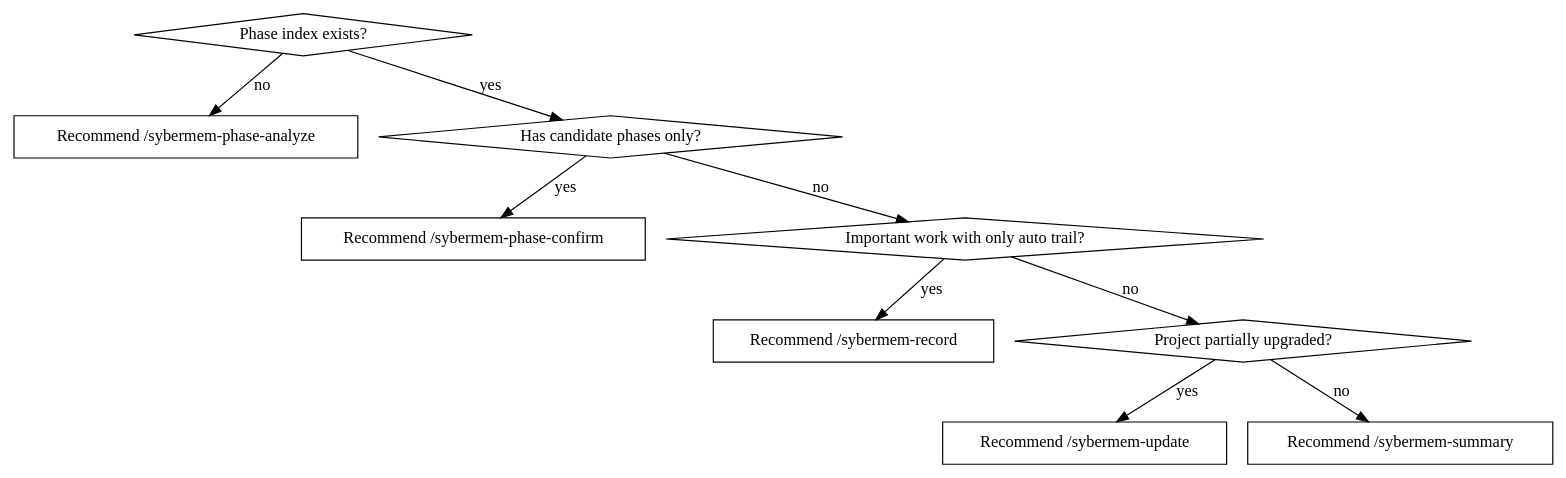
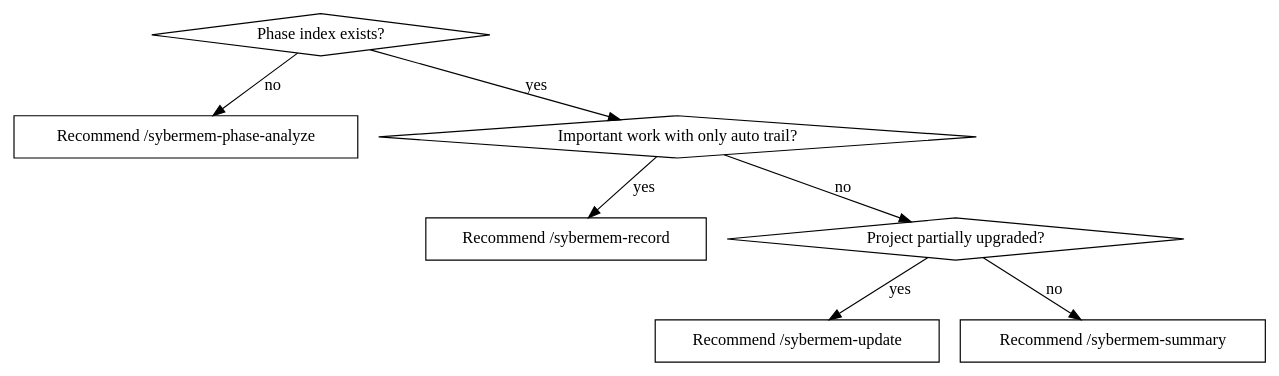
One commit to goudaren0528/sybermem changed the diagram in skills/using-sybermem/SKILL.md. Above: the diagram before and after it, drawn with Graphviz. The commit also changed other lines of this file and 9 other files, not shown here.

First line of the commit message:
refactor: remove phase-confirm skill and let digest drive agent semantic phase analysis

````diff
--- a/skills/using-sybermem/SKILL.md
+++ b/skills/using-sybermem/SKILL.md
@@ -100,22 +100,18 @@
 ```dot
 digraph recommend_command {
     "Phase index exists?" [shape=diamond];
     "Recommend /sybermem-phase-analyze" [shape=box];
-    "Has candidate phases only?" [shape=diamond];
-    "Recommend /sybermem-phase-confirm" [shape=box];
     "Important work with only auto trail?" [shape=diamond];
     "Recommend /sybermem-record" [shape=box];
     "Project partially upgraded?" [shape=diamond];
     "Recommend /sybermem-update" [shape=box];
     "Recommend /sybermem-summary" [shape=box];
 
     "Phase index exists?" -> "Recommend /sybermem-phase-analyze" [label="no"];
-    "Phase index exists?" -> "Has candidate phases only?" [label="yes"];
-    "Has candidate phases only?" -> "Recommend /sybermem-phase-confirm" [label="yes"];
-    "Has candidate phases only?" -> "Important work with only auto trail?" [label="no"];
+    "Phase index exists?" -> "Important work with only auto trail?" [label="yes"];
     "Important work with only auto trail?" -> "Recommend /sybermem-record" [label="yes"];
     "Important work with only auto trail?" -> "Project partially upgraded?" [label="no"];
     "Project partially upgraded?" -> "Recommend /sybermem-update" [label="yes"];
     "Project partially upgraded?" -> "Recommend /sybermem-summary" [label="no"];
 }
 ```
````
